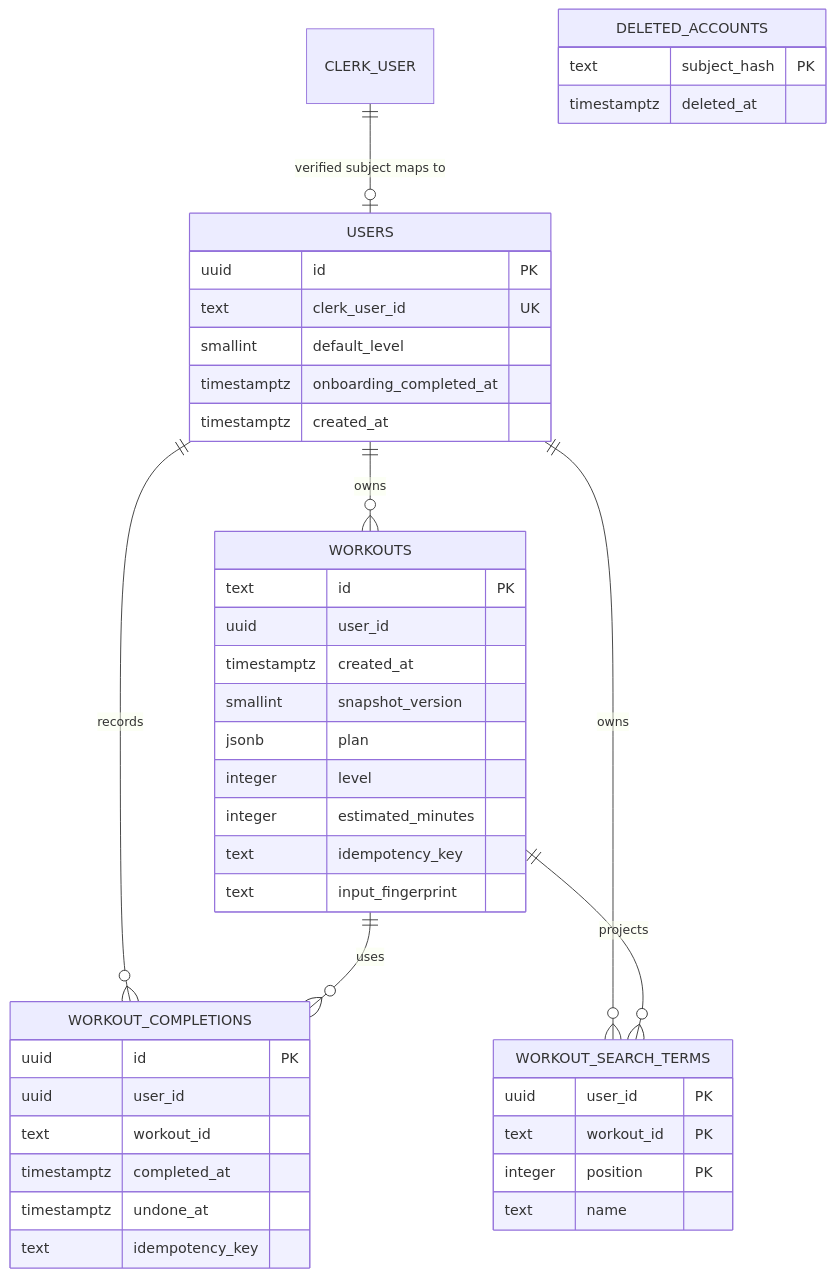
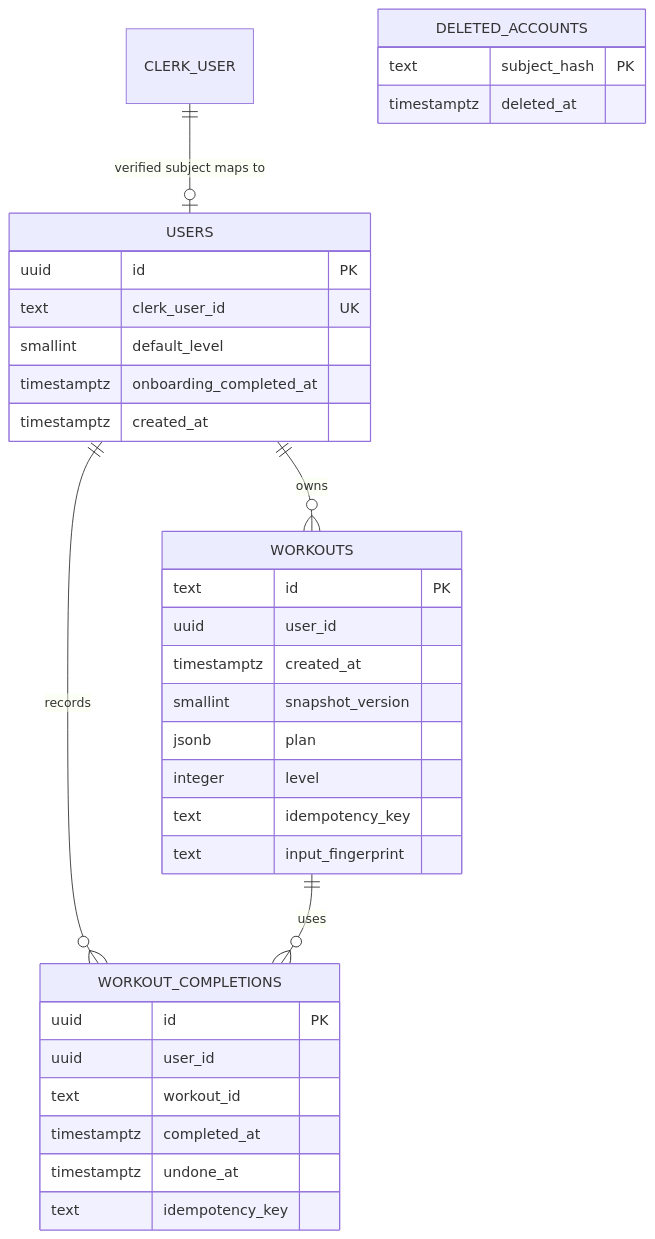
Before and after one commit to epicchewy/endorphins: the diagram in docs/accounts-and-workouts.md, drawn with Mermaid. The commit also changed other lines of this file and 37 other files, not shown here.

````diff
--- a/docs/accounts-and-workouts.md
+++ b/docs/accounts-and-workouts.md
@@ -5,45 +5,36 @@
 ```mermaid
 erDiagram
   CLERK_USER ||--o| USERS : "verified subject maps to"
   USERS ||--o{ WORKOUTS : owns
   USERS ||--o{ WORKOUT_COMPLETIONS : records
   WORKOUTS ||--o{ WORKOUT_COMPLETIONS : uses
-  USERS ||--o{ WORKOUT_SEARCH_TERMS : owns
-  WORKOUTS ||--o{ WORKOUT_SEARCH_TERMS : projects
   USERS {
     uuid id PK
     text clerk_user_id UK
     smallint default_level
     timestamptz onboarding_completed_at
     timestamptz created_at
   }
   WORKOUTS {
     text id PK
     uuid user_id
     timestamptz created_at
     smallint snapshot_version
     jsonb plan
     integer level
-    integer estimated_minutes
     text idempotency_key
     text input_fingerprint
   }
   WORKOUT_COMPLETIONS {
     uuid id PK
     uuid user_id
     text workout_id
     timestamptz completed_at
     timestamptz undone_at
     text idempotency_key
   }
-  WORKOUT_SEARCH_TERMS {
-    uuid user_id PK
-    text workout_id PK
-    integer position PK
-    text name
-  }
   DELETED_ACCOUNTS {
     text subject_hash PK
     timestamptz deleted_at
   }
 ```
````
